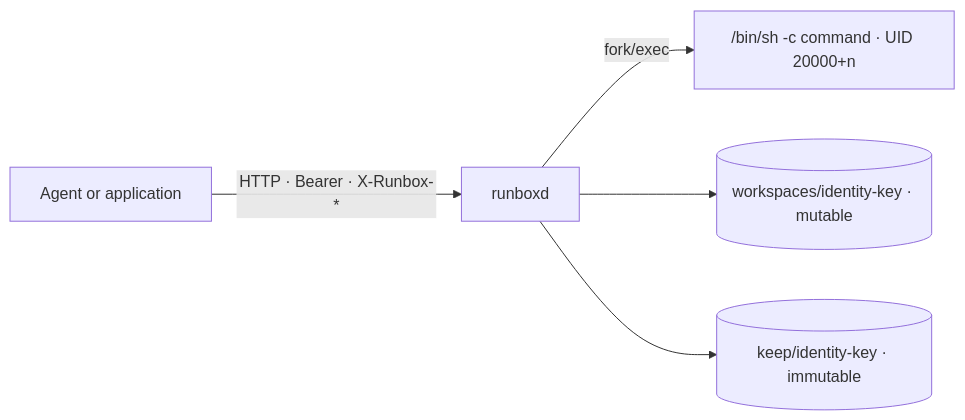
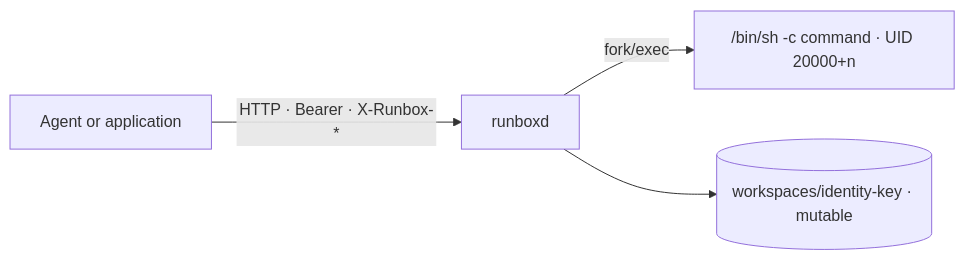
Before and after one commit to xy200303/runbox: the diagram in README.md, drawn with Mermaid. The commit also changed other lines of this file and 34 other files, not shown here.

````diff
--- a/README.md
+++ b/README.md
@@ -295,7 +294,6 @@
 ```mermaid
 flowchart LR
     A["Agent or application"] -->|"HTTP · Bearer · X-Runbox-*"| B["runboxd"]
     B -->|"fork/exec"| C["/bin/sh -c command · UID 20000+n"]
     B --> D[("workspaces/identity-key · mutable")]
-    B --> E[("keep/identity-key · immutable")]
 ```
````
